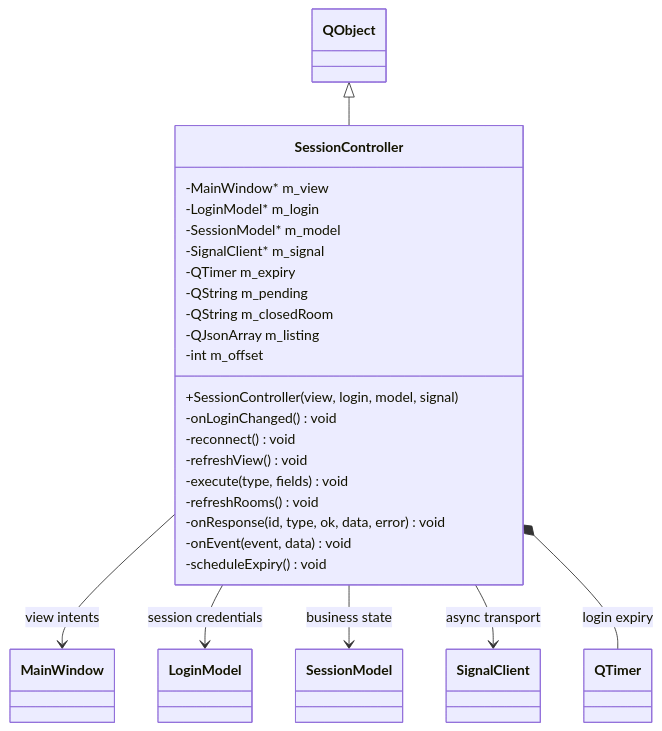
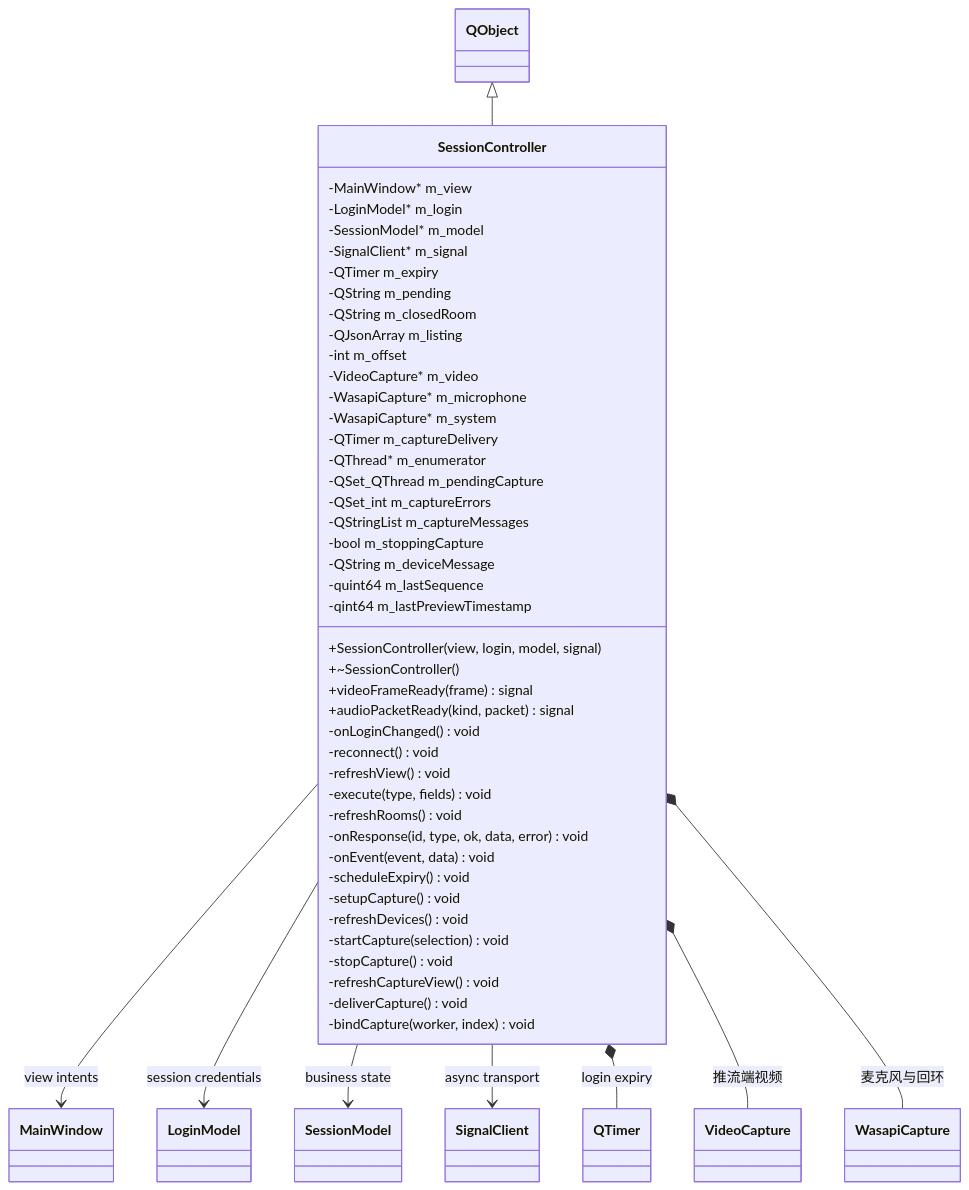
The diagram in docs/uml/SessionController.mmd (kingsman-svg/OBS), drawn with Mermaid before and after one commit. The commit also changed 53 other files, not shown here.

Commit message:
feat(client): add WinRT WGC and WASAPI publisher capture

```diff
--- a/docs/uml/SessionController.mmd
+++ b/docs/uml/SessionController.mmd
@@ -1,27 +1,51 @@
 classDiagram
 class SessionController {
   -MainWindow* m_view
   -LoginModel* m_login
   -SessionModel* m_model
   -SignalClient* m_signal
   -QTimer m_expiry
   -QString m_pending
   -QString m_closedRoom
   -QJsonArray m_listing
   -int m_offset
+  -VideoCapture* m_video
+  -WasapiCapture* m_microphone
+  -WasapiCapture* m_system
+  -QTimer m_captureDelivery
+  -QThread* m_enumerator
+  -QSet_QThread m_pendingCapture
+  -QSet_int m_captureErrors
+  -QStringList m_captureMessages
+  -bool m_stoppingCapture
+  -QString m_deviceMessage
+  -quint64 m_lastSequence
+  -qint64 m_lastPreviewTimestamp
   +SessionController(view, login, model, signal)
+  +~SessionController()
+  +videoFrameReady(frame) signal
+  +audioPacketReady(kind, packet) signal
   -onLoginChanged() void
   -reconnect() void
   -refreshView() void
   -execute(type, fields) void
   -refreshRooms() void
   -onResponse(id, type, ok, data, error) void
   -onEvent(event, data) void
   -scheduleExpiry() void
+  -setupCapture() void
+  -refreshDevices() void
+  -startCapture(selection) void
+  -stopCapture() void
+  -refreshCaptureView() void
+  -deliverCapture() void
+  -bindCapture(worker, index) void
 }
 QObject <|-- SessionController
 SessionController --> MainWindow : view intents
 SessionController --> LoginModel : session credentials
 SessionController --> SessionModel : business state
 SessionController --> SignalClient : async transport
 SessionController *-- QTimer : login expiry
+SessionController *-- VideoCapture : 推流端视频
+SessionController *-- WasapiCapture : 麦克风与回环
```
